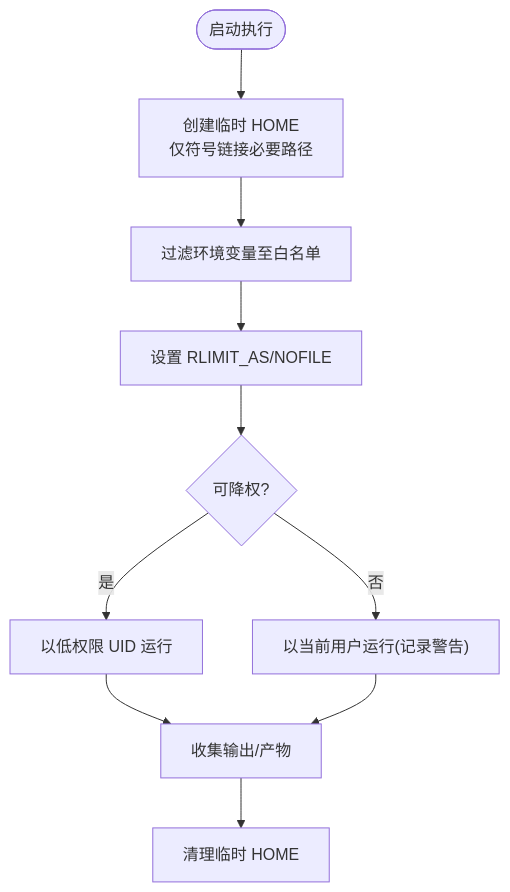
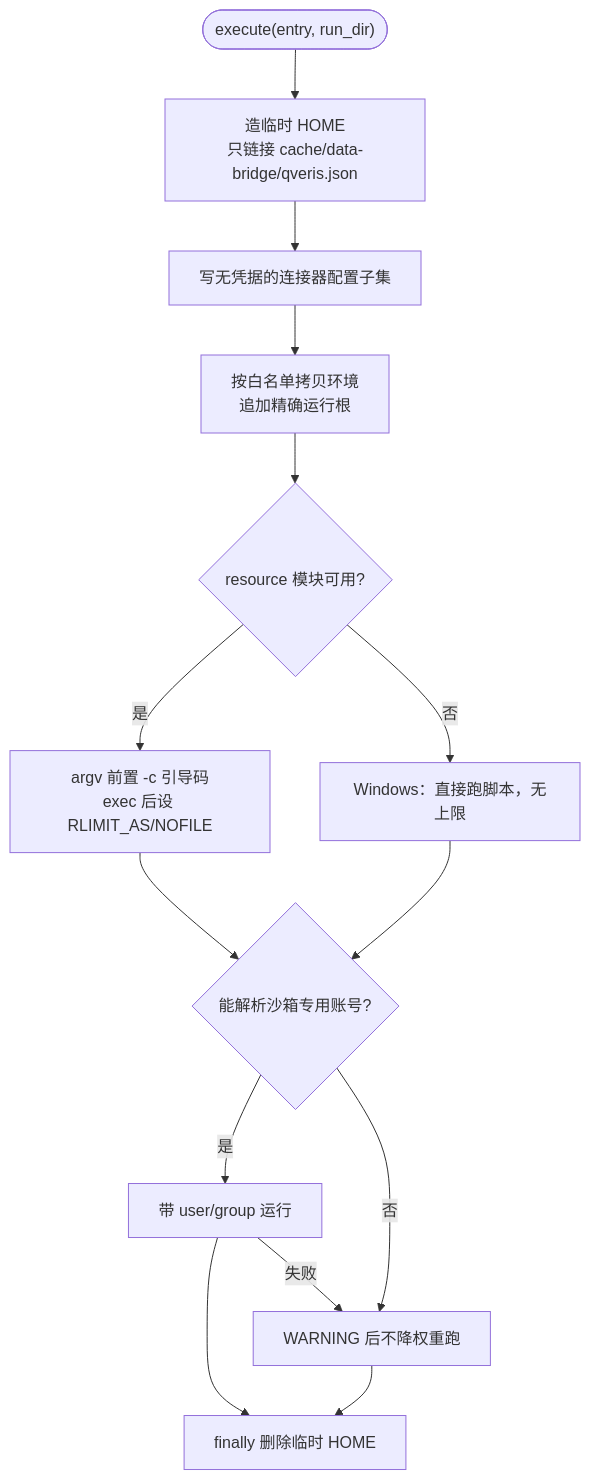
One commit to hjfire/vibe-trading-fw changed the fourth of 6 diagrams in repowiki/topics/安全与治理/安全与治理.md. Above: the diagram before and after it, drawn with Mermaid. The commit also changed other lines of this file and 5 other files, not shown here.

````diff
--- a/repowiki/topics/安全与治理/安全与治理.md
+++ b/repowiki/topics/安全与治理/安全与治理.md
@@ -237,12 +257,16 @@
 ```mermaid
 flowchart TD
-S(["启动执行"]) --> PrepHome["创建临时 HOME<br/>仅符号链接必要路径"]
-PrepHome --> EnvWhitelist["过滤环境变量至白名单"]
-EnvWhitelist --> RLimit["设置 RLIMIT_AS/NOFILE"]
-RLimit --> DropUID{"可降权?"}
-DropUID -- 是 --> RunPrivileged["以低权限 UID 运行"]
-DropUID -- 否 --> RunUnprivileged["以当前用户运行(记录警告)"]
-RunPrivileged --> Collect["收集输出/产物"]
-RunUnprivileged --> Collect
-Collect --> Cleanup["清理临时 HOME"]
+H0(["execute(entry, run_dir)"]) --> H1["造临时 HOME<br/>只链接 cache/data-bridge/qveris.json"]
+H1 --> H2["写无凭据的连接器配置子集"]
+H2 --> H3["按白名单拷贝环境<br/>追加精确运行根"]
+H3 --> H4{"resource 模块可用?"}
+H4 -- 是 --> H5["argv 前置 -c 引导码<br/>exec 后设 RLIMIT_AS/NOFILE"]
+H4 -- 否 --> H6["Windows：直接跑脚本，无上限"]
+H5 --> H7{"能解析沙箱专用账号?"}
+H6 --> H7
+H7 -- 是 --> H8["带 user/group 运行"]
+H8 -- 失败 --> H9["WARNING 后不降权重跑"]
+H7 -- 否 --> H9
+H8 --> C1["finally 删除临时 HOME"]
+H9 --> C1
 ```
````
